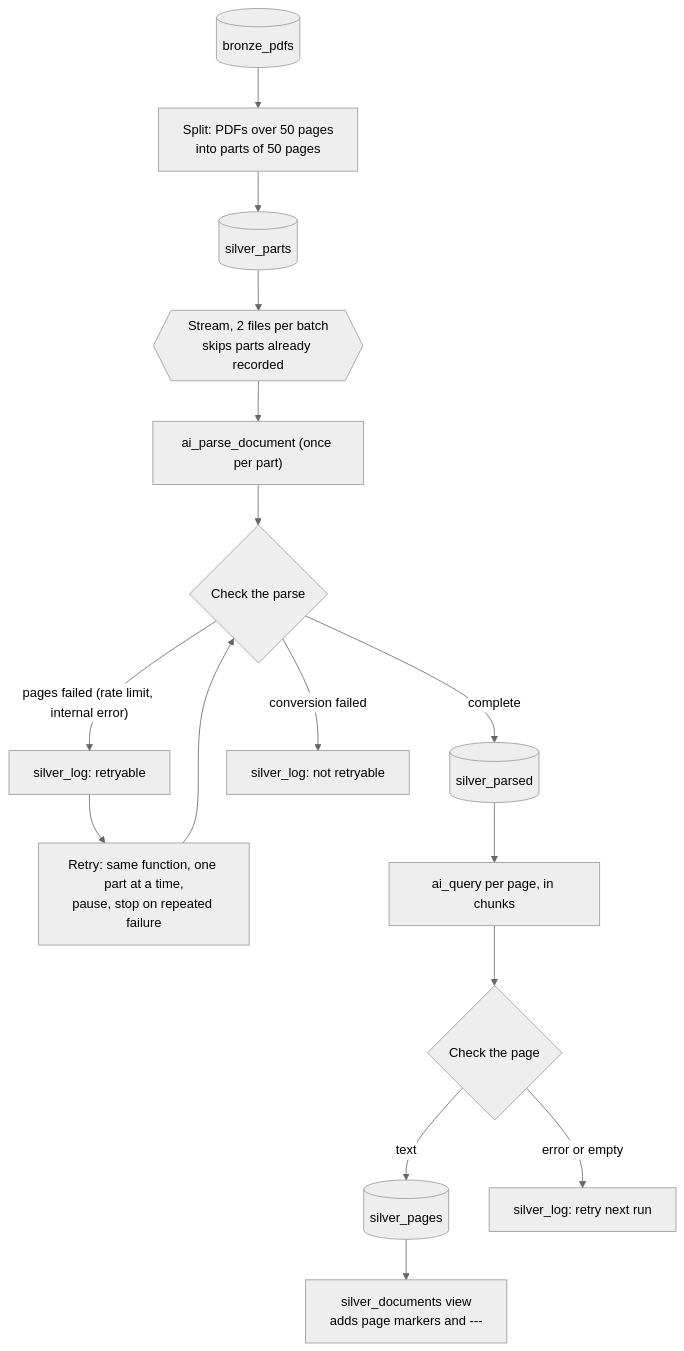
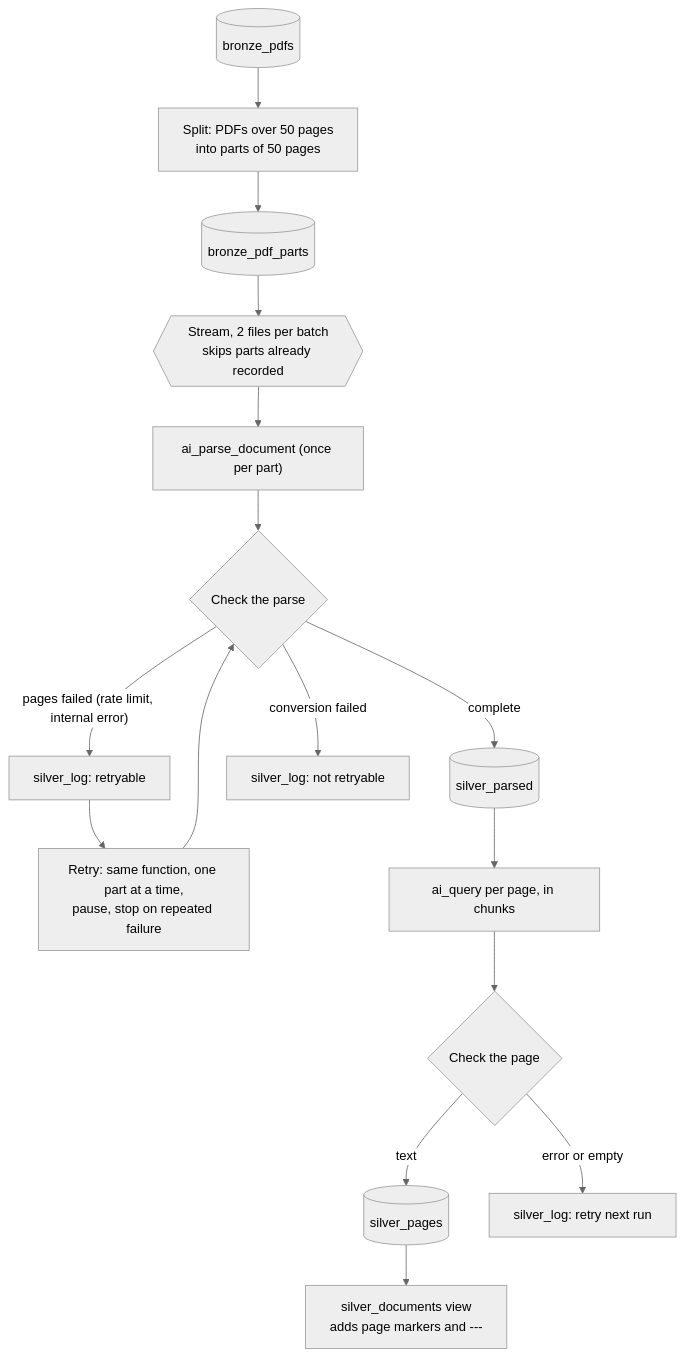
One commit to SuddhaswattaMaityUK/dbx-finance-bench-rag changed the second of 2 diagrams in README.md. Above: the diagram before and after it, drawn with Mermaid (neutral theme). The commit also changed other lines of this file and 25 other files, not shown here.

First line of the commit message:
One schema per layer: bronze (volume, PDFs, parts) and silver. The split moves to bronze

````diff
--- a/README.md
+++ b/README.md
@@ -106,18 +109,18 @@
 ```mermaid
 flowchart TD
     B[(bronze_pdfs)] --> X["Split: PDFs over 50 pages<br/>into parts of 50 pages"]
-    X --> T[(silver_parts)]
+    X --> T[(bronze_pdf_parts)]
     T --> S{{"Stream, 2 files per batch<br/>skips parts already recorded"}}
     S --> A["ai_parse_document (once per part)"]
     A --> C{"Check the parse"}
     C -- "complete" --> P[(silver_parsed)]
     C -- "pages failed (rate limit, internal error)" --> L1["silver_log: retryable"]
     C -- "conversion failed" --> L2["silver_log: not retryable"]
     L1 --> R["Retry: same function, one part at a time,<br/>pause, stop on repeated failure"]
     R --> C
     P --> Q["ai_query per page, in chunks"]
     Q --> K{"Check the page"}
     K -- "text" --> PG[(silver_pages)]
     K -- "error or empty" --> L3["silver_log: retry next run"]
     PG --> V["silver_documents view<br/>adds page markers and ---"]
 ```
````
